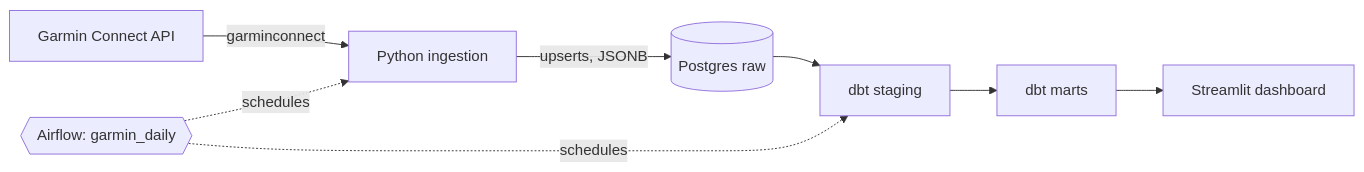
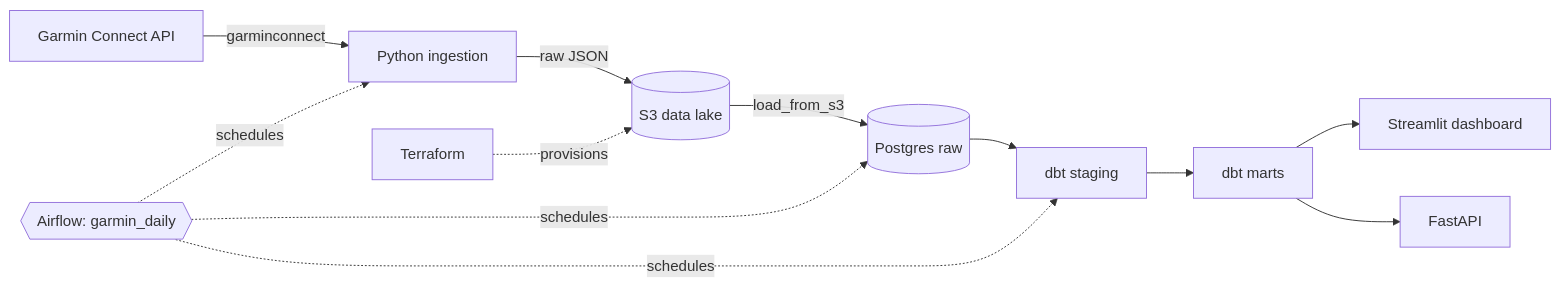
One commit to buffandbearded/garmin-pulse changed the diagram in README.md. Above: the diagram before and after it, drawn with Mermaid. The commit also changed other lines of this file and 1 other file, not shown here.

Commit message:
Stage 5: README and architecture diagram for the S3/Terraform layer

````diff
--- a/README.md
+++ b/README.md
@@ -9,10 +9,14 @@
 ```mermaid
 flowchart LR
     G[Garmin Connect API] -->|garminconnect| I[Python ingestion]
-    I -->|upserts, JSONB| R[(Postgres raw)]
+    I -->|raw JSON| L[(S3 data lake)]
+    TF[Terraform] -. provisions .-> L
+    L -->|load_from_s3| R[(Postgres raw)]
     R --> S[dbt staging]
     S --> M[dbt marts]
     M --> D[Streamlit dashboard]
+    M --> API[FastAPI]
     A{{Airflow: garmin_daily}} -. schedules .-> I
+    A -. schedules .-> R
     A -. schedules .-> S
 ```
````
